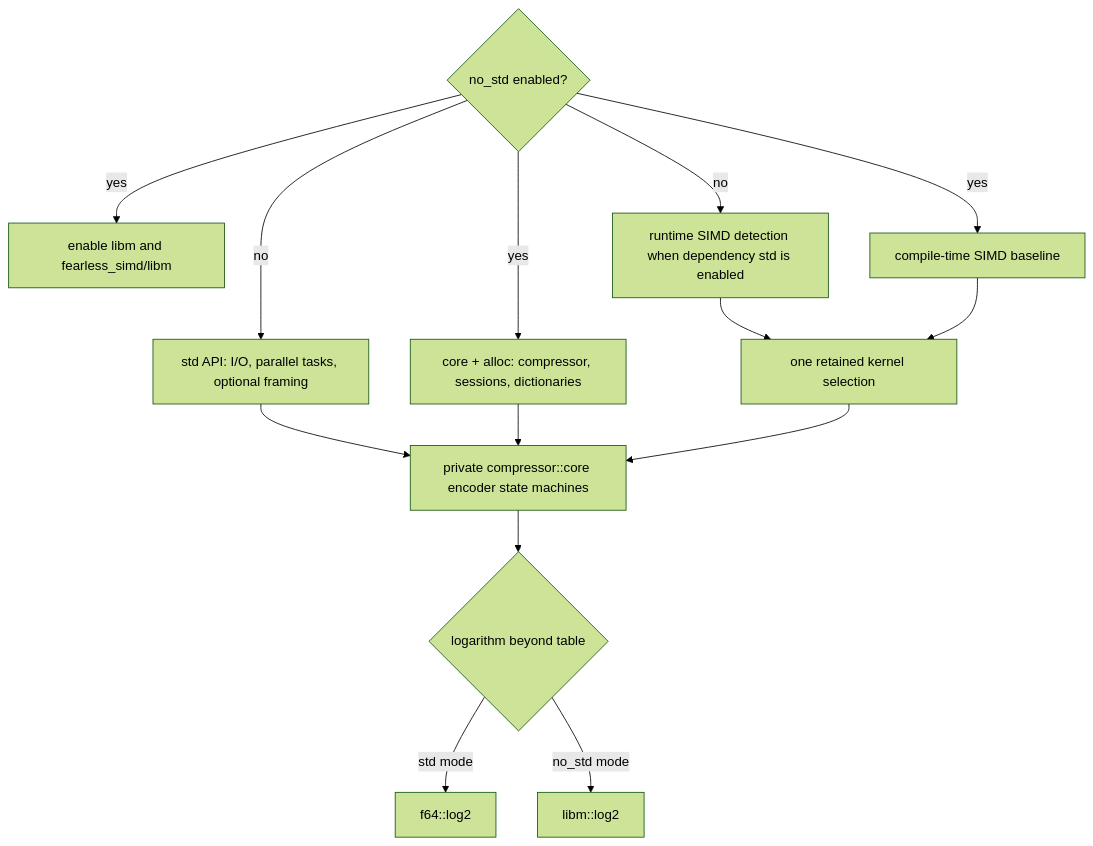
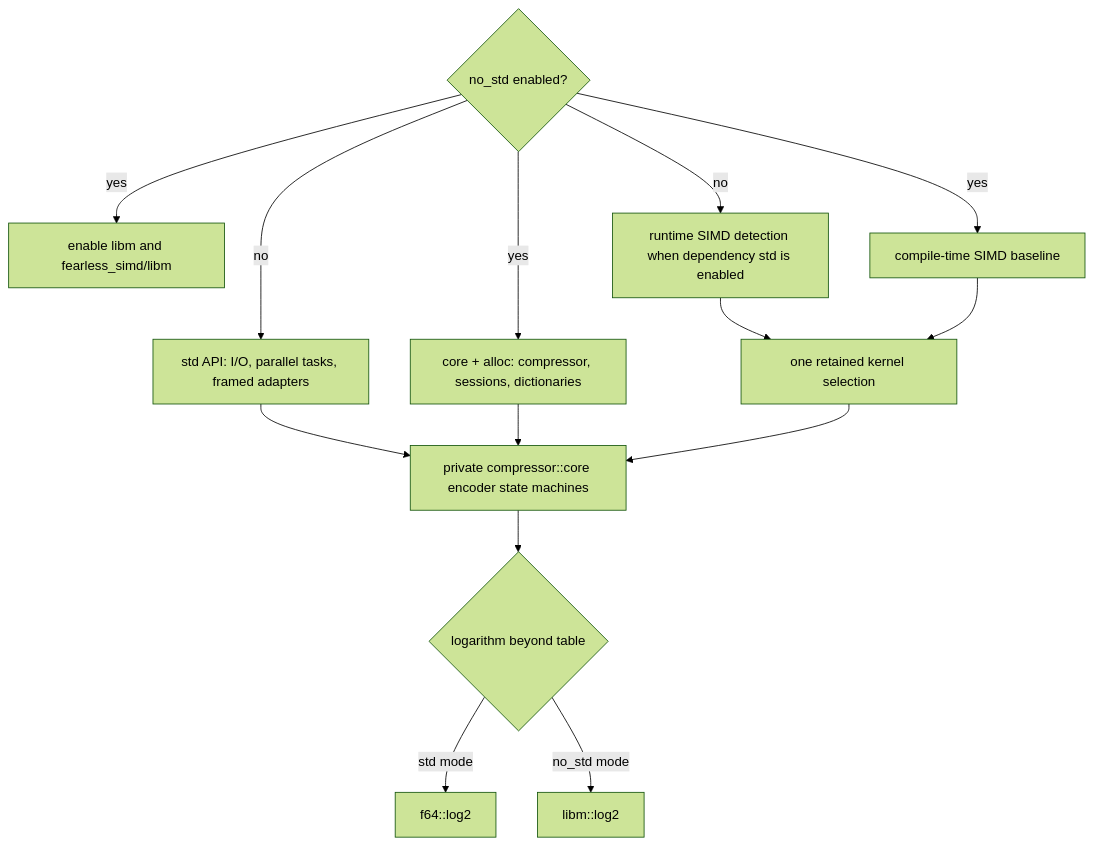
Before and after one commit to Mnwa/mbrotli: the first of 2 diagrams in architecture/no-std.md, drawn with Mermaid (forest theme). The commit also changed other lines of this file and 59 other files, not shown here.

````diff
--- a/architecture/no-std.md
+++ b/architecture/no-std.md
@@ -19,17 +19,17 @@
 ```mermaid
 flowchart TD
     Feature{no_std enabled?}
-    Feature -->|no| Std[std API: I/O, parallel tasks, optional framing]
+    Feature -->|no| Std[std API: I/O, parallel tasks, framed adapters]
     Feature -->|yes| Alloc[core + alloc: compressor, sessions, dictionaries]
     Feature -->|yes| Portable[enable libm and fearless_simd/libm]
     Std --> Engine[private compressor::core encoder state machines]
     Alloc --> Engine
     Feature -->|no| Detect[runtime SIMD detection when dependency std is enabled]
     Feature -->|yes| Baseline[compile-time SIMD baseline]
     Detect --> Dispatch[one retained kernel selection]
     Baseline --> Dispatch
     Dispatch --> Engine
     Engine --> Log{logarithm beyond table}
     Log -->|std mode| Native[f64::log2]
     Log -->|no_std mode| Libm[libm::log2]
 ```
````
